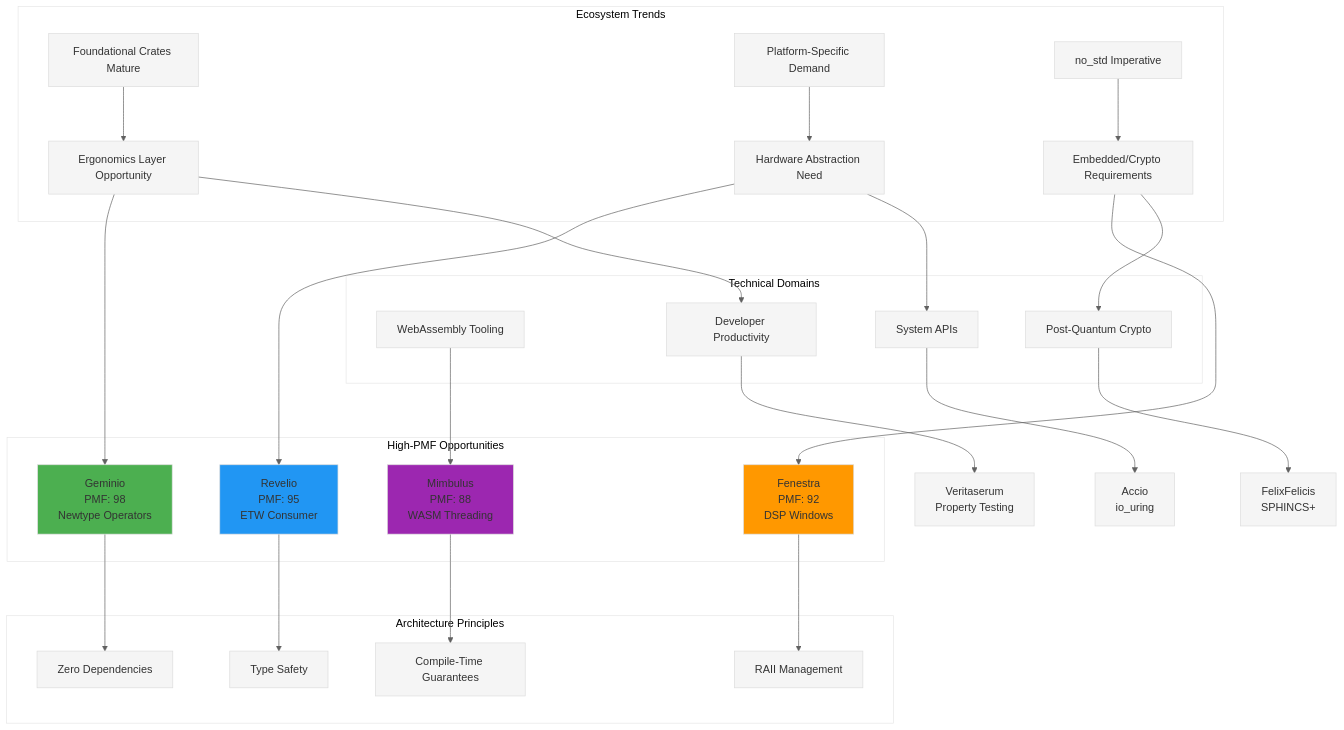
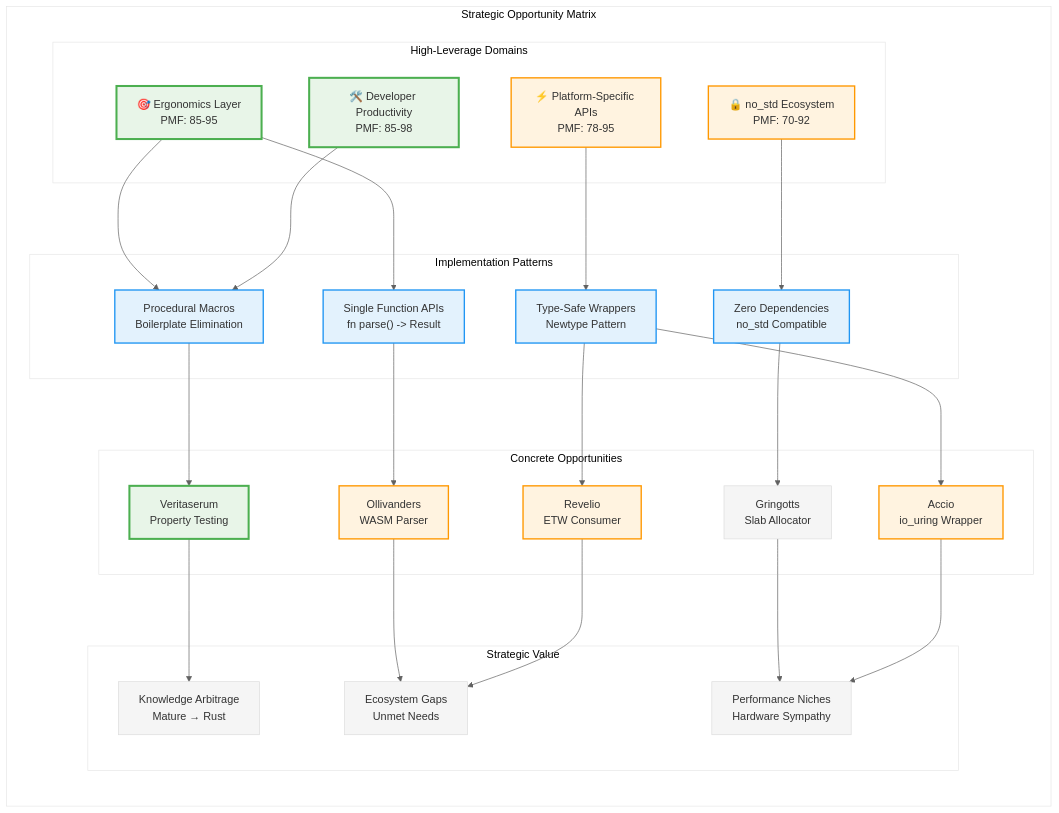
One commit to that-in-rust/pensieve-local-llm-server changed the diagram in gringotts/WorkArea/INGEST_20250930104957_300_1.md. Above: the diagram before and after it, drawn with Mermaid. The commit also changed other lines of this file and 2 other files, not shown here.

````diff
--- a/gringotts/WorkArea/INGEST_20250930104957_300_1.md
+++ b/gringotts/WorkArea/INGEST_20250930104957_300_1.md
@@ -72,70 +72,79 @@
 ```mermaid
 %%{init: {
   "theme": "base",
   "themeVariables": {
     "primaryColor": "#F5F5F5",
     "secondaryColor": "#E0E0E0",
     "lineColor": "#616161",
     "textColor": "#212121",
     "fontSize": "16px",
     "fontFamily": "Helvetica, Arial, sans-serif"
   },
   "flowchart": {
     "nodeSpacing": 70,
     "rankSpacing": 80,
     "wrappingWidth": 160,
     "curve": "basis"
   },
   "useMaxWidth": false
 }}%%
 
 flowchart TD
-    subgraph "Ecosystem Trends"
-        A[Foundational Crates Mature] --> B[Ergonomics Layer Opportunity]
-        C[Platform-Specific Demand] --> D[Hardware Abstraction Need]
-        E[no_std Imperative] --> F[Embedded/Crypto Requirements]
+    subgraph "Strategic Opportunity Matrix"
+        direction TB
+        
+        subgraph "High-Leverage Domains"
+            A1["🎯 Ergonomics Layer<br/>PMF: 85-95"]
+            A2["⚡ Platform-Specific APIs<br/>PMF: 78-95"]
+            A3["🔒 no_std Ecosystem<br/>PMF: 70-92"]
+            A4["🛠️ Developer Productivity<br/>PMF: 85-98"]
+        end
+        
+        subgraph "Implementation Patterns"
+            B1["Single Function APIs<br/>fn parse() -> Result"]
+            B2["Zero Dependencies<br/>no_std Compatible"]
+            B3["Type-Safe Wrappers<br/>Newtype Pattern"]
+            B4["Procedural Macros<br/>Boilerplate Elimination"]
+        end
+        
+        subgraph "Concrete Opportunities"
+            C1["Ollivanders<br/>WASM Parser"]
+            C2["Gringotts<br/>Slab Allocator"]
+            C3["Veritaserum<br/>Property Testing"]
+            C4["Accio<br/>io_uring Wrapper"]
+            C5["Revelio<br/>ETW Consumer"]
+        end
+        
+        subgraph "Strategic Value"
+            D1["Knowledge Arbitrage<br/>Mature → Rust"]
+            D2["Ecosystem Gaps<br/>Unmet Needs"]
+            D3["Performance Niches<br/>Hardware Sympathy"]
+        end
     end
     
-    subgraph "High-PMF Opportunities"
-        G[Geminio<br/>PMF: 98<br/>Newtype Operators]
-        H[Revelio<br/>PMF: 95<br/>ETW Consumer]
-        I[Fenestra<br/>PMF: 92<br/>DSP Windows]
-        J[Mimbulus<br/>PMF: 88<br/>WASM Threading]
-    end
+    A1 --> B1
+    A1 --> B4
+    A2 --> B3
+    A3 --> B2
+    A4 --> B4
     
-    subgraph "Technical Domains"
-        K[WebAssembly Tooling]
-        L[Post-Quantum Crypto]
-        M[System APIs]
-        N[Developer Productivity]
-    end
+    B1 --> C1
+    B2 --> C2
+    B3 --> C4
+    B3 --> C5
+    B4 --> C3
     
-    subgraph "Architecture Principles"
-        O[Zero Dependencies]
-        P[Type Safety]
-        Q[RAII Management]
-        R[Compile-Time Guarantees]
-    end
+    C1 --> D2
+    C2 --> D3
+    C3 --> D1
+    C4 --> D3
+    C5 --> D2
     
-    B --> G
-    B --> N
-    D --> H
-    D --> M
-    F --> I
-    F --> L
+    classDef highPMF fill:#e8f5e8,stroke:#4caf50,stroke-width:3px
+    classDef mediumPMF fill:#fff3e0,stroke:#ff9800,stroke-width:2px
+    classDef pattern fill:#e3f2fd,stroke:#2196f3,stroke-width:2px
     
-    G --> O
-    H --> P
-    I --> Q
-    J --> R
-    
-    K --> J
-    L --> S[FelixFelicis<br/>SPHINCS+]
-    M --> T[Accio<br/>io_uring]
-    N --> U[Veritaserum<br/>Property Testing]
-    
-    style G fill:#4CAF50
-    style H fill:#2196F3
-    style I fill:#FF9800
-    style J fill:#9C27B0
+    class A1,A4,C3 highPMF
+    class A2,A3,C1,C4,C5 mediumPMF
+    class B1,B2,B3,B4 pattern
 ```
````
